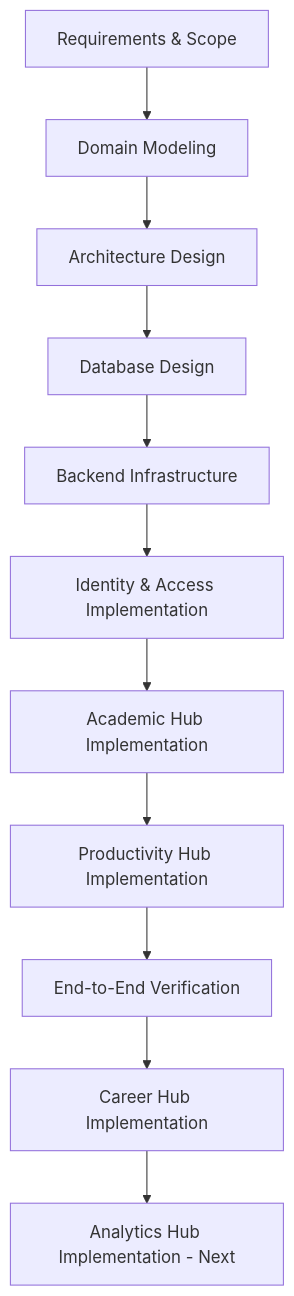
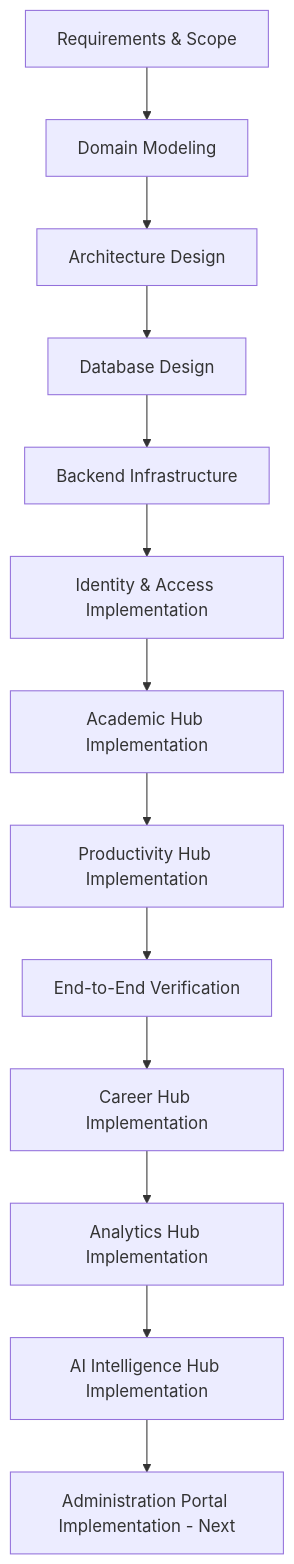
The tenth of 11 diagrams in PROJECT_PROGRESS.md (sufiyanshaikh06/integrum), drawn with Mermaid before and after one commit. The commit also changed other lines of this file, not shown here.

Commit message:
docs: update diagrams and charts in progress report

````diff
--- a/PROJECT_PROGRESS.md
+++ b/PROJECT_PROGRESS.md
@@ -297,13 +310,15 @@
 ```mermaid
 flowchart TD
     A[Requirements & Scope] --> B[Domain Modeling]
     B --> C[Architecture Design]
     C --> D[Database Design]
     D --> E[Backend Infrastructure]
     E --> F[Identity & Access Implementation]
     F --> G[Academic Hub Implementation]
     G --> H[Productivity Hub Implementation]
     H --> I[End-to-End Verification]
     I --> J[Career Hub Implementation]
-    J --> K[Analytics Hub Implementation - Next]
+    J --> K[Analytics Hub Implementation]
+    K --> L[AI Intelligence Hub Implementation]
+    L --> M[Administration Portal Implementation - Next]
 ```
````
